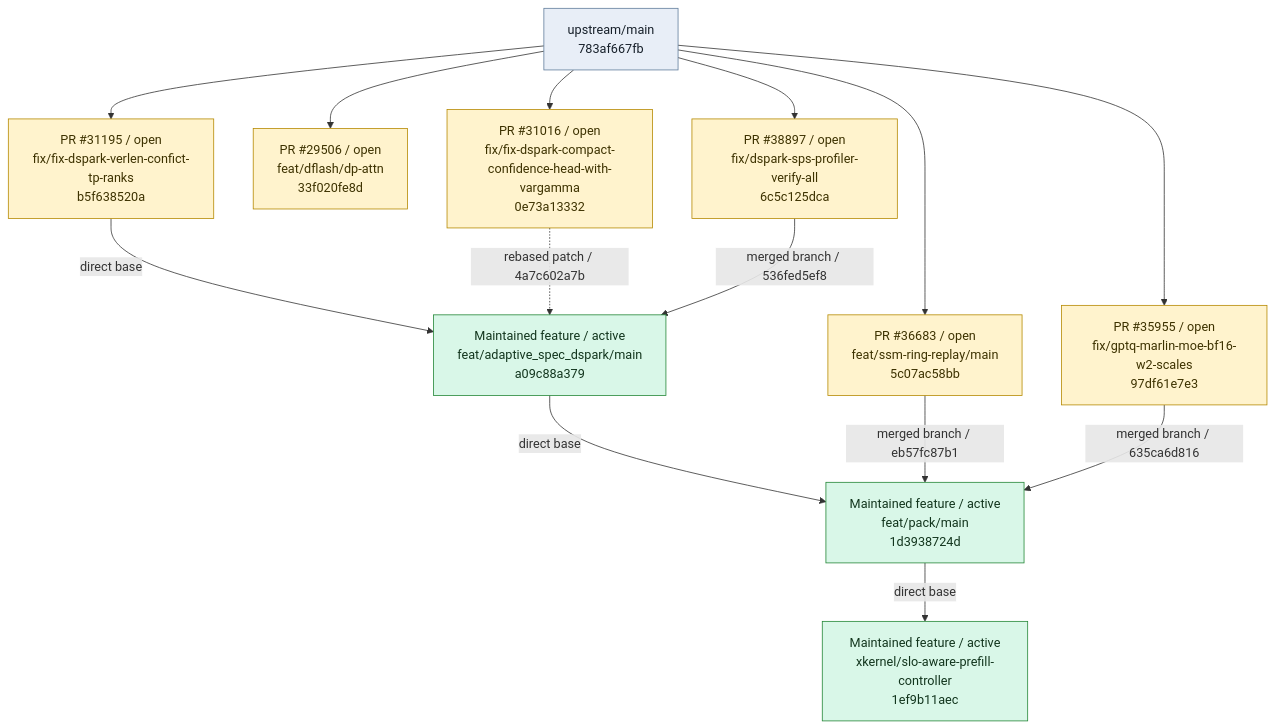
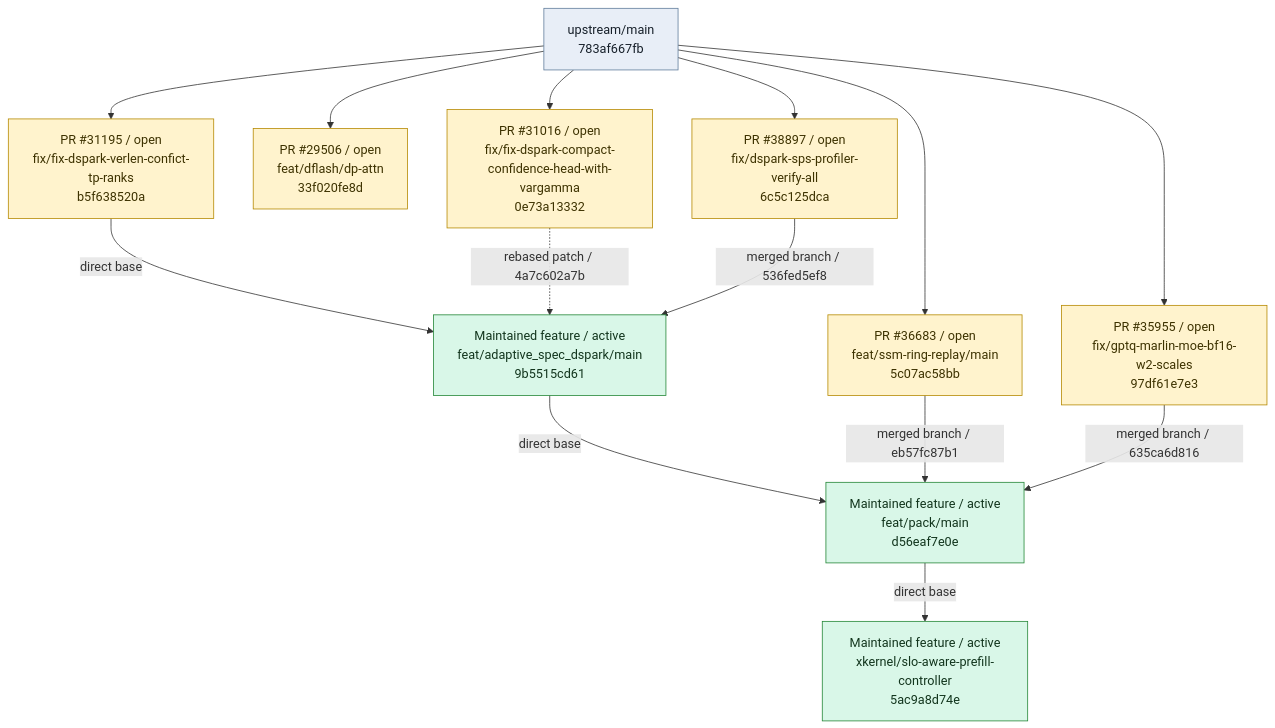
The first of 4 diagrams in BRANCH_GRAPH.md (EanWang211123/sglang), drawn with Mermaid before and after one commit. The commit also changed other lines of this file and 4 other files, not shown here.

````diff
--- a/BRANCH_GRAPH.md
+++ b/BRANCH_GRAPH.md
@@ -11,41 +11,41 @@
 ```mermaid
 flowchart TD
     base_upstream_main["upstream/main<br/>783af667fb"]
     branch_dspark_compact_ragged_verify["PR #38897 / open<br/>fix/dspark-sps-profiler-verify-all<br/>6c5c125dca"]
     base_upstream_main --> branch_dspark_compact_ragged_verify
     click branch_dspark_compact_ragged_verify "https://github.com/sgl-project/sglang/pull/38897"
     branch_dflash_dp_attn["PR #29506 / open<br/>feat/dflash/dp-attn<br/>33f020fe8d"]
     base_upstream_main --> branch_dflash_dp_attn
     click branch_dflash_dp_attn "https://github.com/sgl-project/sglang/pull/29506"
     branch_dspark_tp_budget_sync["PR #31195 / open<br/>fix/fix-dspark-verlen-confict-tp-ranks<br/>b5f638520a"]
     base_upstream_main --> branch_dspark_tp_budget_sync
     click branch_dspark_tp_budget_sync "https://github.com/sgl-project/sglang/pull/31195"
     branch_dspark_runtime_gamma["PR #31016 / open<br/>fix/fix-dspark-compact-confidence-head-with-vargamma<br/>0e73a13332"]
     base_upstream_main --> branch_dspark_runtime_gamma
     click branch_dspark_runtime_gamma "https://github.com/sgl-project/sglang/pull/31016"
     branch_gptq_marlin_moe_bf16_w2_scales["PR #35955 / open<br/>fix/gptq-marlin-moe-bf16-w2-scales<br/>97df61e7e3"]
     base_upstream_main --> branch_gptq_marlin_moe_bf16_w2_scales
     click branch_gptq_marlin_moe_bf16_w2_scales "https://github.com/sgl-project/sglang/pull/35955"
     branch_replayssm_dflash_dspark["PR #36683 / open<br/>feat/ssm-ring-replay/main<br/>5c07ac58bb"]
     base_upstream_main --> branch_replayssm_dflash_dspark
     click branch_replayssm_dflash_dspark "https://github.com/sgl-project/sglang/pull/36683"
-    branch_dspark_adaptive["Maintained feature / active<br/>feat/adaptive_spec_dspark/main<br/>a09c88a379"]
+    branch_dspark_adaptive["Maintained feature / active<br/>feat/adaptive_spec_dspark/main<br/>9b5515cd61"]
     click branch_dspark_adaptive "https://github.com/EanWang211123/sglang/tree/feat/adaptive_spec_dspark/main"
-    branch_adaptive_dspark_replayssm_gptq_marlin_pack["Maintained feature / active<br/>feat/pack/main<br/>1d3938724d"]
+    branch_adaptive_dspark_replayssm_gptq_marlin_pack["Maintained feature / active<br/>feat/pack/main<br/>d56eaf7e0e"]
     click branch_adaptive_dspark_replayssm_gptq_marlin_pack "https://github.com/EanWang211123/sglang/tree/feat/pack/main"
-    branch_xkernel_slo_aware_prefill_controller["Maintained feature / active<br/>xkernel/slo-aware-prefill-controller<br/>1ef9b11aec"]
+    branch_xkernel_slo_aware_prefill_controller["Maintained feature / active<br/>xkernel/slo-aware-prefill-controller<br/>5ac9a8d74e"]
     click branch_xkernel_slo_aware_prefill_controller "https://github.com/EanWang211123/sglang/tree/xkernel/slo-aware-prefill-controller"
     branch_dspark_tp_budget_sync -->|"direct base"| branch_dspark_adaptive
     branch_dspark_runtime_gamma -.->|"rebased patch / 4a7c602a7b"| branch_dspark_adaptive
     branch_dspark_compact_ragged_verify -->|"merged branch / 536fed5ef8"| branch_dspark_adaptive
     branch_dspark_adaptive -->|"direct base"| branch_adaptive_dspark_replayssm_gptq_marlin_pack
     branch_replayssm_dflash_dspark -->|"merged branch / eb57fc87b1"| branch_adaptive_dspark_replayssm_gptq_marlin_pack
     branch_gptq_marlin_moe_bf16_w2_scales -->|"merged branch / 635ca6d816"| branch_adaptive_dspark_replayssm_gptq_marlin_pack
     branch_adaptive_dspark_replayssm_gptq_marlin_pack -->|"direct base"| branch_xkernel_slo_aware_prefill_controller
     classDef base fill:#e8eef7,stroke:#607d9b,color:#17202a
     classDef pr fill:#fff3cd,stroke:#b58900,color:#3d3200
     classDef feature fill:#d9f7e8,stroke:#238636,color:#12351d
     class base_upstream_main base
     class branch_dspark_compact_ragged_verify,branch_dflash_dp_attn,branch_dspark_tp_budget_sync,branch_dspark_runtime_gamma,branch_gptq_marlin_moe_bf16_w2_scales,branch_replayssm_dflash_dspark pr
     class branch_dspark_adaptive,branch_adaptive_dspark_replayssm_gptq_marlin_pack,branch_xkernel_slo_aware_prefill_controller feature
 ```
````
